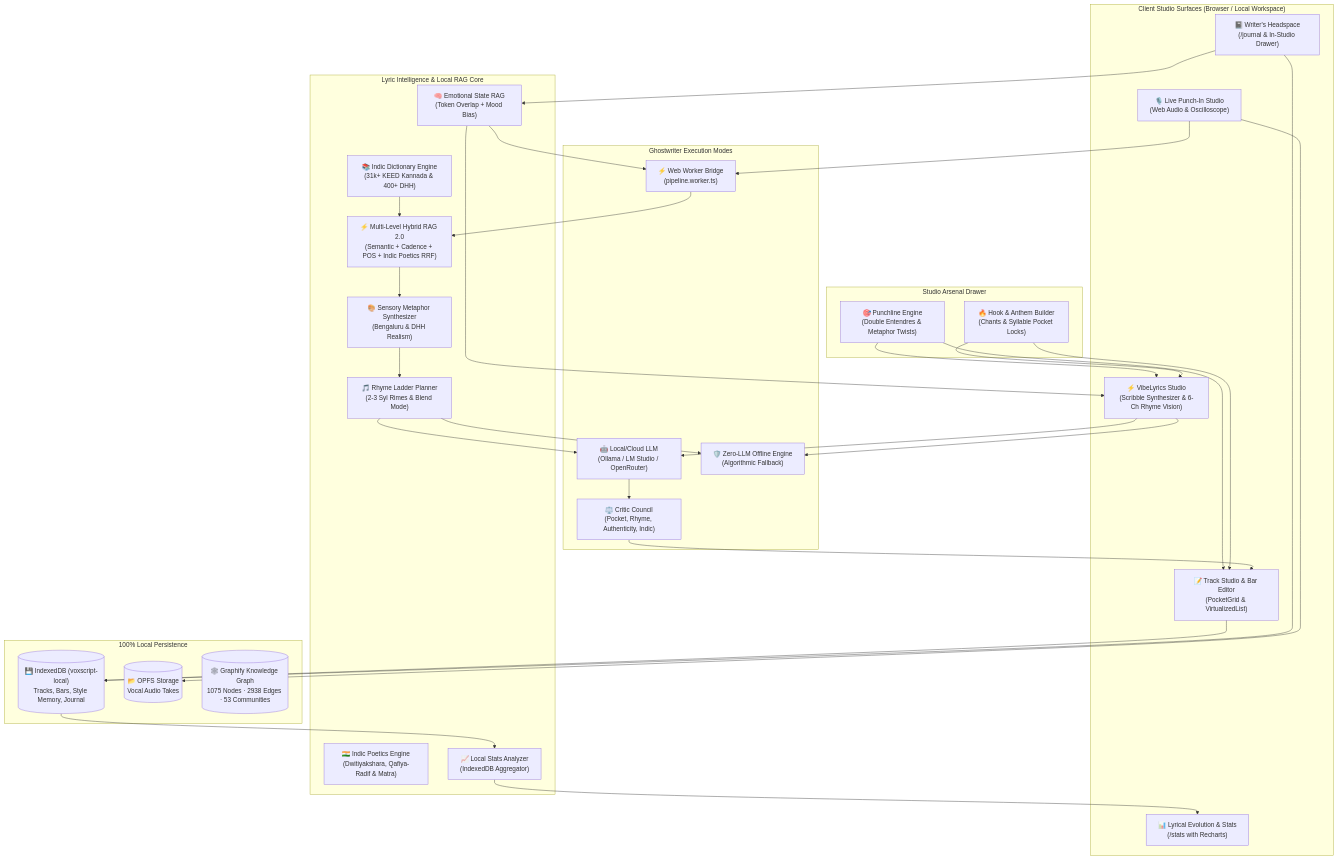
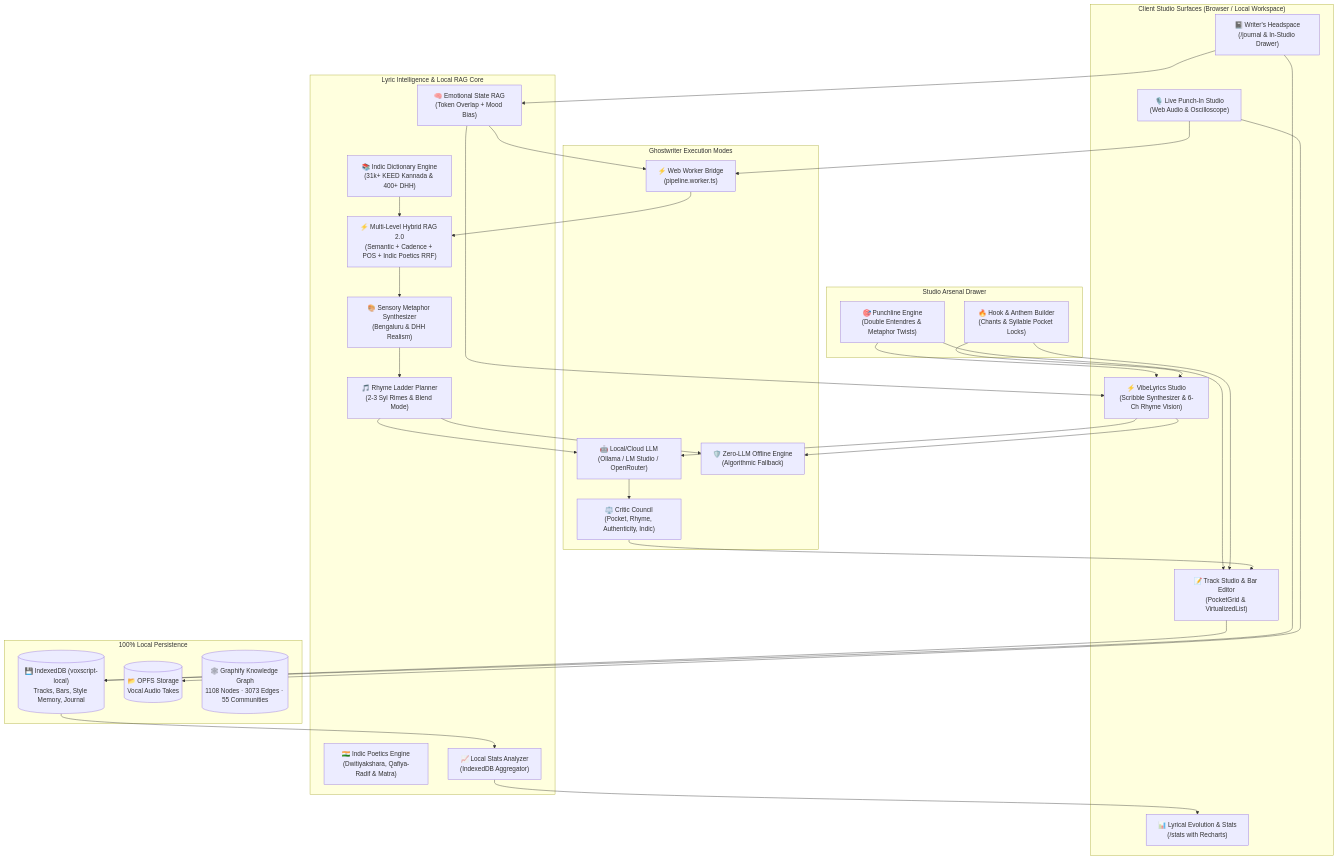
The second of 2 diagrams in README.md (ChiragNSundar/VibeVox), drawn with Mermaid before and after one commit. The commit also changed other lines of this file, not shown here.

````diff
--- a/README.md
+++ b/README.md
@@ -115,68 +118,68 @@
 ```mermaid
 flowchart TD
     subgraph StudioSurfaces["Client Studio Surfaces (Browser / Local Workspace)"]
         LiveStudio["🎙️ Live Punch-In Studio\n(Web Audio & Oscilloscope)"]
         LyricEditor["📝 Track Studio & Bar Editor\n(PocketGrid & VirtualizedList)"]
         VibeStudio["⚡ VibeLyrics Studio\n(Scribble Synthesizer & 6-Ch Rhyme Vision)"]
         JournalPage["📓 Writer's Headspace\n(/journal & In-Studio Drawer)"]
         StatsDashboard["📊 Lyrical Evolution & Stats\n(/stats with Recharts)"]
     end
 
     subgraph StudioArsenalLayer["Studio Arsenal Drawer"]
         PunchlineEngine["🎯 Punchline Engine\n(Double Entendres & Metaphor Twists)"]
         HookEngine["🔥 Hook & Anthem Builder\n(Chants & Syllable Pocket Locks)"]
     end
 
     subgraph IntelligenceEngine["Lyric Intelligence & Local RAG Core"]
         JournalRAG["🧠 Emotional State RAG\n(Token Overlap + Mood Bias)"]
         HybridRAG["⚡ Multi-Level Hybrid RAG 2.0\n(Semantic + Cadence + POS + Indic Poetics RRF)"]
         IndicPoetics["🇮🇳 Indic Poetics Engine\n(Dwitiyakshara, Qafiya-Radif & Matra)"]
         MetaphorSynth["🎨 Sensory Metaphor Synthesizer\n(Bengaluru & DHH Realism)"]
         RhymePlanner["🎵 Rhyme Ladder Planner\n(2-3 Syl Rimes & Blend Mode)"]
         DictEngine["📚 Indic Dictionary Engine\n(31k+ KEED Kannada & 400+ DHH)"]
         StatsEngine["📈 Local Stats Analyzer\n(IndexedDB Aggregator)"]
     end
 
     subgraph ExecutionModes["Ghostwriter Execution Modes"]
         PipelineWorker["⚡ Web Worker Bridge\n(pipeline.worker.ts)"]
         LocalLLM["🤖 Local/Cloud LLM\n(Ollama / LM Studio / OpenRouter)"]
         ZeroLLMRAG["🛡️ Zero-LLM Offline Engine\n(Algorithmic Fallback)"]
         CriticCouncil["⚖️ Critic Council\n(Pocket, Rhyme, Authenticity, Indic)"]
     end
 
     subgraph StorageLayer["100% Local Persistence"]
         IndexedDB[("💾 IndexedDB (voxscript-local)\nTracks, Bars, Style Memory, Journal")]
         OPFS[("📂 OPFS Storage\nVocal Audio Takes")]
-        GraphifyKG[("🕸️ Graphify Knowledge Graph\n1075 Nodes · 2938 Edges · 53 Communities")]
+        GraphifyKG[("🕸️ Graphify Knowledge Graph\n1108 Nodes · 3073 Edges · 55 Communities")]
     end
 
     LiveStudio --> OPFS
     LiveStudio --> PipelineWorker
     LyricEditor --> IndexedDB
     JournalPage --> IndexedDB
 
     JournalPage --> JournalRAG
     JournalRAG --> PipelineWorker
     JournalRAG --> VibeStudio
 
     PunchlineEngine --> LyricEditor
     PunchlineEngine --> VibeStudio
     HookEngine --> LyricEditor
     HookEngine --> VibeStudio
 
     VibeStudio --> LocalLLM
     VibeStudio --> ZeroLLMRAG
 
     PipelineWorker --> HybridRAG
     DictEngine --> HybridRAG
     HybridRAG --> MetaphorSynth
     MetaphorSynth --> RhymePlanner
 
     RhymePlanner --> LocalLLM
     RhymePlanner --> ZeroLLMRAG
     LocalLLM --> CriticCouncil
     CriticCouncil --> LyricEditor
 
     IndexedDB --> StatsEngine
     StatsEngine --> StatsDashboard
 ```
````
